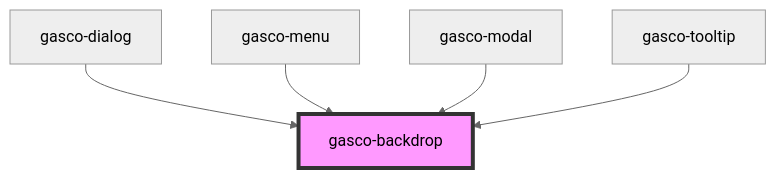
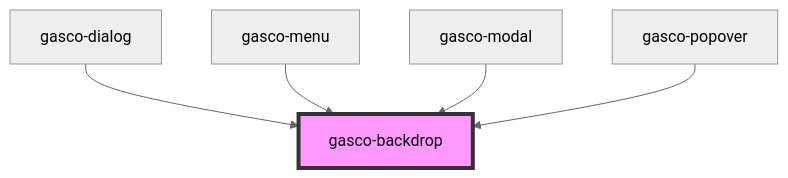
The diagram in core/src/components/gasco-backdrop/readme.md (lac617a/gasco-core), drawn with Mermaid (neutral theme) before and after one commit. The commit also changed other lines of this file and 248 other files, not shown here.

Commit message:
gasco-tooltip ready

````diff
--- a/core/src/components/gasco-backdrop/readme.md
+++ b/core/src/components/gasco-backdrop/readme.md
@@ -34,8 +34,8 @@
 ```mermaid
 graph TD;
   gasco-dialog --> gasco-backdrop
   gasco-menu --> gasco-backdrop
   gasco-modal --> gasco-backdrop
-  gasco-tooltip --> gasco-backdrop
+  gasco-popover --> gasco-backdrop
   style gasco-backdrop fill:#f9f,stroke:#333,stroke-width:4px
 ```
````
